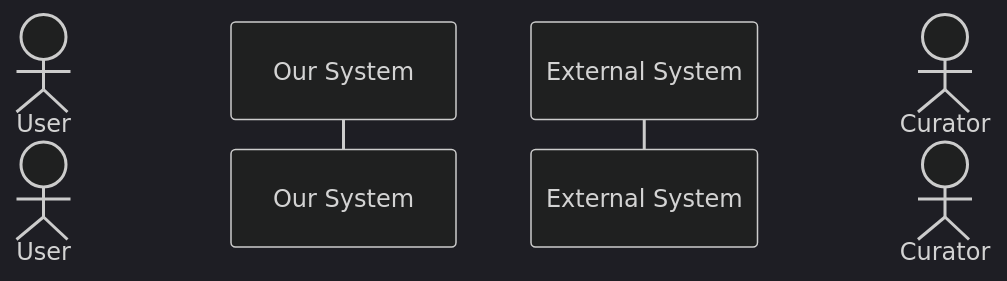
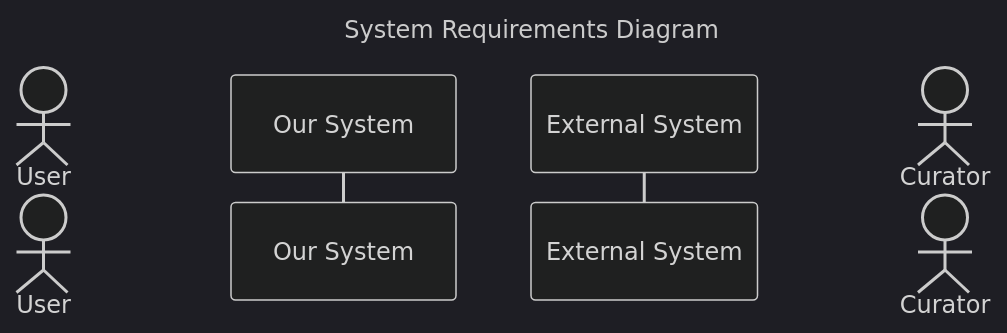
Before and after one commit to carolyncole/mermaid-wintersession: the diagram in lesson1-actors/xxx-answer-key.md, drawn with Mermaid (dark theme). The commit also changed 4 other files, not shown here.

````diff
--- a/lesson1-actors/xxx-answer-key.md
+++ b/lesson1-actors/xxx-answer-key.md
@@ -9,9 +9,11 @@
 ```mermaid
 sequenceDiagram
+title  System Requirements Diagram
+accTitle: System Requirements Sequence Diagram
 
 actor user as User
 participant sys as Our System
 participant ext as External System
 actor curator as Curator
 
 ```
````
